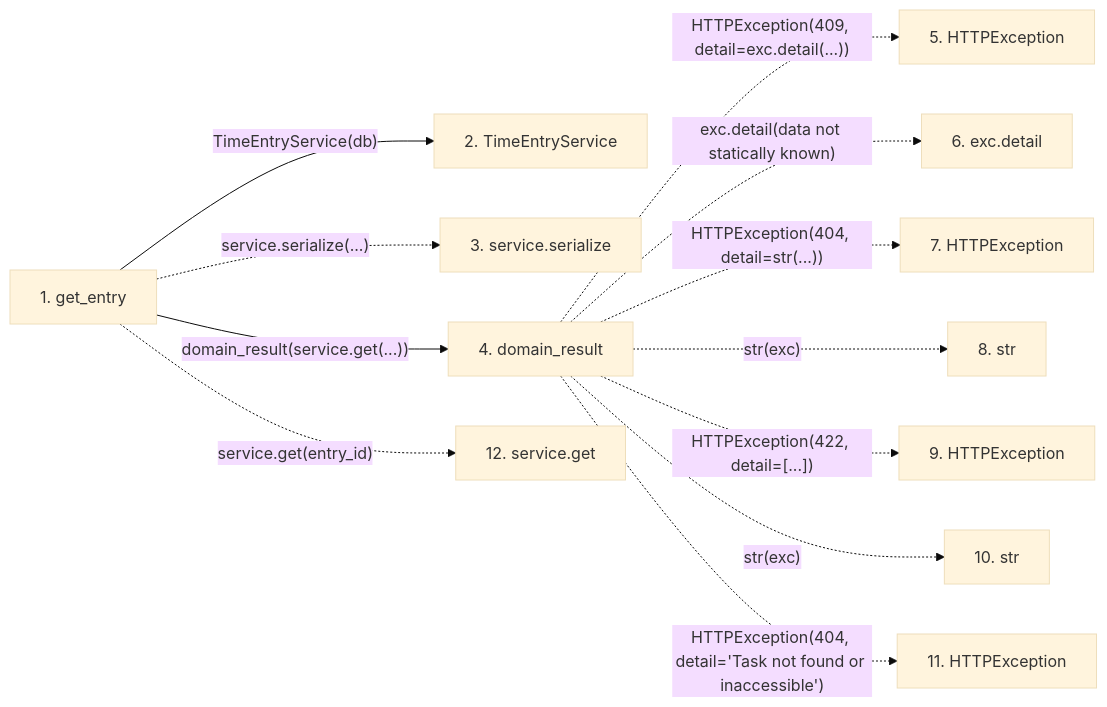
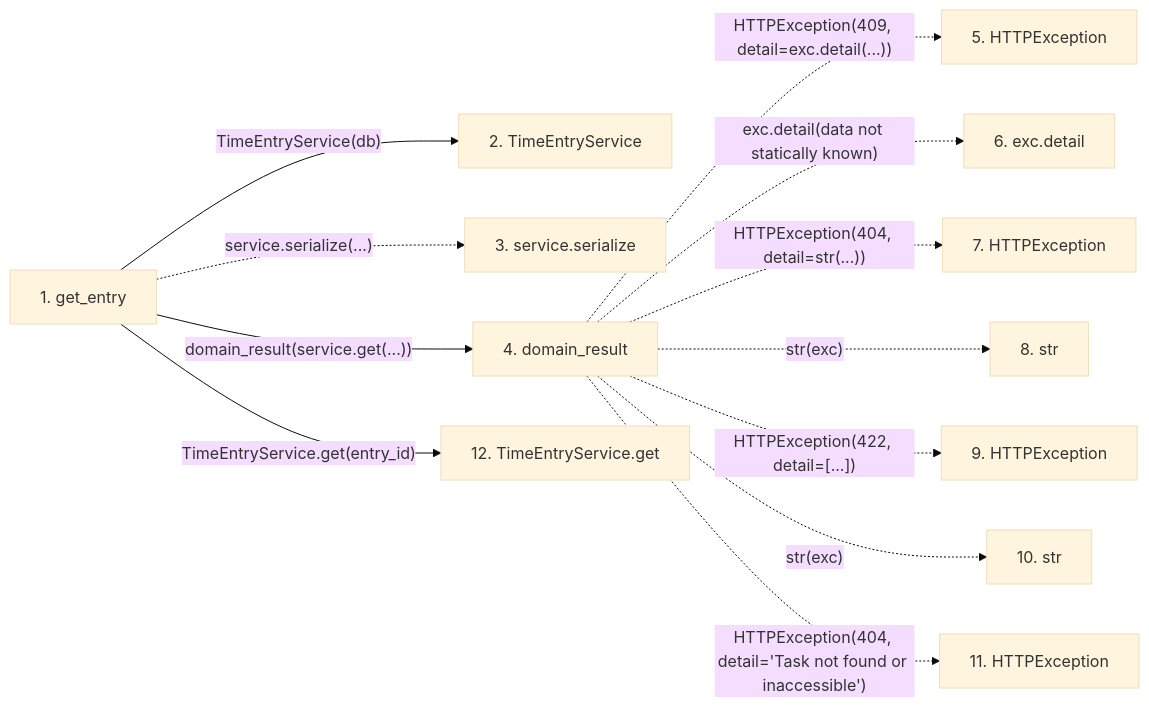
The second of 2 diagrams in docs/llm_wiki/flows/http-get_entry.md (Denissvgn/WorkChord), drawn with Mermaid (base theme) before and after one commit. The commit also changed other lines of this file and 25171 other files, not shown here.

````diff
--- a/docs/llm_wiki/flows/http-get_entry.md
+++ b/docs/llm_wiki/flows/http-get_entry.md
@@ -36,29 +126,30 @@
 ```mermaid
 flowchart LR
     s1["1. get_entry"]
     s2["2. TimeEntryService"]
     s3["3. service.serialize"]
     s4["4. domain_result"]
     s5["5. HTTPException"]
     s6["6. exc.detail"]
     s7["7. HTTPException"]
     s8["8. str"]
     s9["9. HTTPException"]
     s10["10. str"]
     s11["11. HTTPException"]
-    s12["12. service.get"]
+    s12["12. TimeEntryService.get"]
     s1 -->|"TimeEntryService(db)"| s2
     s1 -. "service.serialize(...)" .-> s3
     s1 -->|"domain_result(service.get(...))"| s4
     s4 -. "HTTPException(409, detail=exc.detail(...))" .-> s5
     s4 -. "exc.detail(data not statically known)" .-> s6
     s4 -. "HTTPException(404, detail=str(...))" .-> s7
     s4 -. "str(exc)" .-> s8
     s4 -. "HTTPException(422, detail=[...])" .-> s9
     s4 -. "str(exc)" .-> s10
     s4 -. "HTTPException(404, detail='Task not found or inaccessible')" .-> s11
-    s1 -. "service.get(entry_id)" .-> s12
+    s1 -->|"TimeEntryService.get(entry_id)"| s12
     click s1 "../modules/time_entries.md"
     click s2 "../modules/time_entry_service.md"
     click s4 "../modules/routers_task_domain.md"
+    click s12 "../modules/time_entry_service.md"
 ```
````
